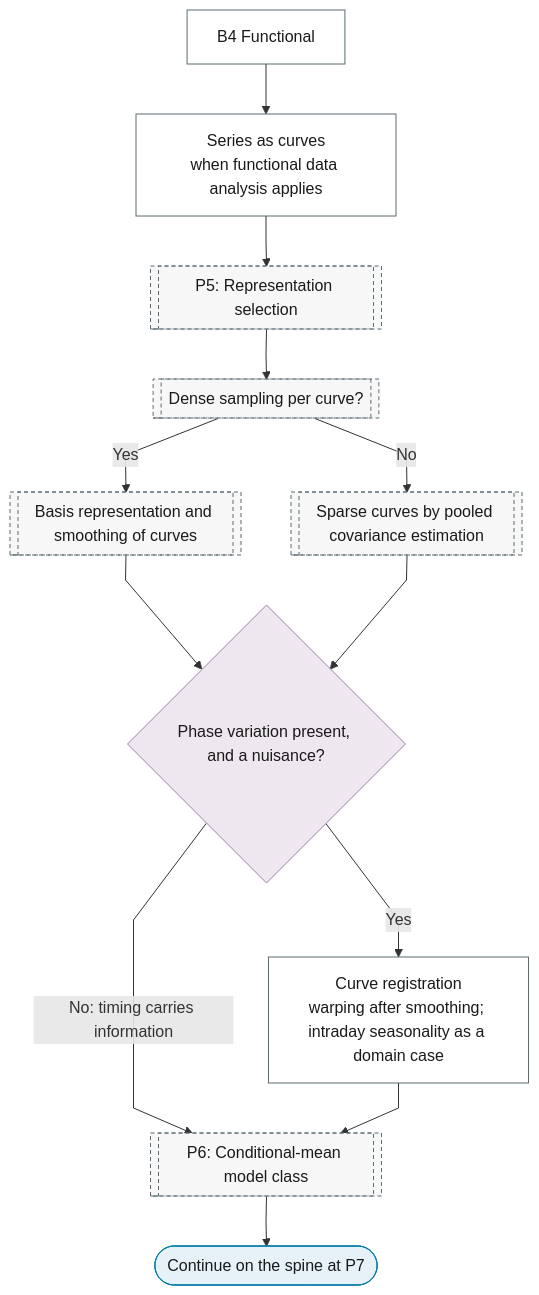
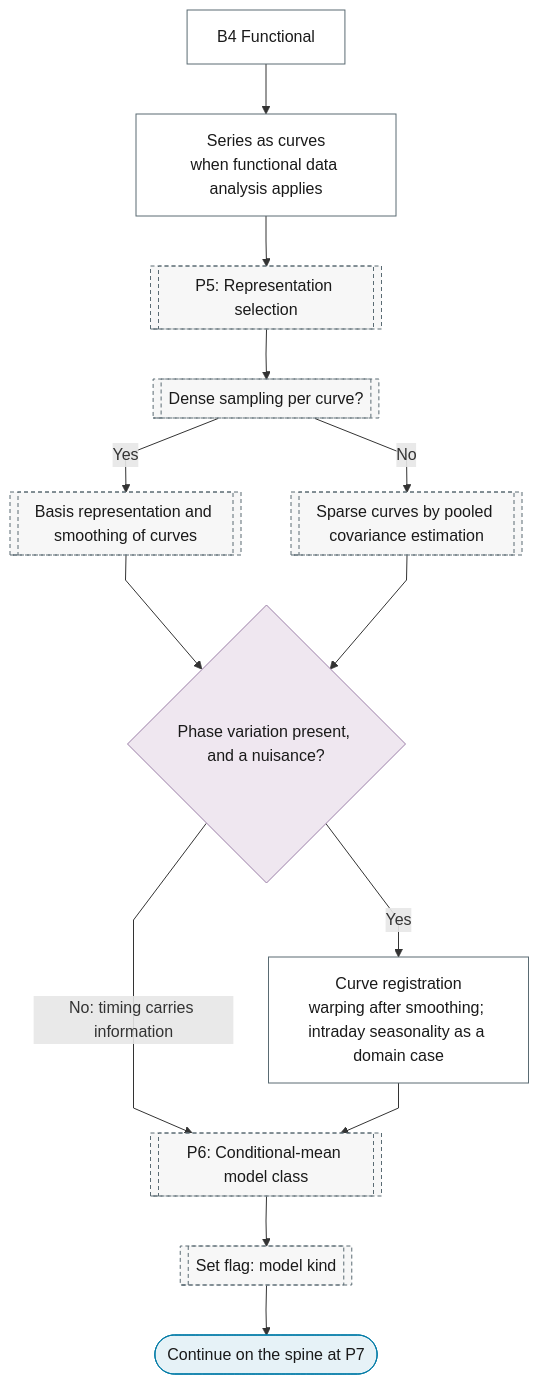
The diagram in docs/reference/14-functional-high-frequency/index.md (Shuxin-Y/time-series-analysis-manual), drawn with Mermaid before and after one commit. The commit also changed 17 other files, not shown here.

First line of the commit message:
fix(charts): round-3 review fixes to seasonality, thresholds and branch flags

````diff
--- a/docs/reference/14-functional-high-frequency/index.md
+++ b/docs/reference/14-functional-high-frequency/index.md
@@ -7,26 +7,28 @@
 ```mermaid
 %%{init: {"flowchart": {"curve": "linear"}}}%%
 graph TD
     B4["B4 Functional"] --> B4_CURVES["Series as curves<br/>when functional data analysis applies"]
     B4_CURVES --> P5[["P5: Representation selection"]]
     P5 --> P5_FN_DENSE[["Dense sampling per curve?"]]
     P5_FN_DENSE -->|"Yes"| P5_FN_BASIS[["Basis representation and smoothing of curves"]]
     P5_FN_DENSE -->|"No"| P5_FN_PACE[["Sparse curves by pooled covariance estimation"]]
     P5_FN_BASIS & P5_FN_PACE --> B4_PHASE{"Phase variation present, and a nuisance?"}
     B4_PHASE -->|"Yes"| B4_INTRADAY["Curve registration<br/>warping after smoothing; intraday seasonality as a domain case"]
     B4_PHASE -->|"No: timing carries information"| P6[["P6: Conditional-mean model class"]]
     B4_INTRADAY --> P6
-    P6 --> B4_OUT(["Continue on the spine at P7"])
+    P6 --> P6_KIND_FLAG[["Set flag: model kind"]]
+    P6_KIND_FLAG --> B4_OUT(["Continue on the spine at P7"])
+    class P6_KIND_FLAG ref
     class B4_OUT terminator
     class B4_PHASE decision
     class B4,B4_CURVES,B4_INTRADAY process
     class P5,P5_FN_DENSE,P5_FN_BASIS,P5_FN_PACE,P6 ref
     classDef terminator fill:#E6F2F7,stroke:#007BA7,color:#1A1A1A;
     classDef process fill:#FFFFFF,stroke:#5A6B73,color:#1A1A1A;
     classDef decision fill:#EFE7F0,stroke:#9B7FA7,color:#1A1A1A;
     classDef data fill:#FFF4E0,stroke:#C9A55E,color:#1A1A1A;
     classDef good fill:#DCEFD8,stroke:#4A7A3F,color:#1A1A1A;
     classDef escalate fill:#FFE9C2,stroke:#C9A55E,color:#1A1A1A;
     classDef problem fill:#F2D9DE,stroke:#800020,color:#1A1A1A;
     classDef ref fill:#F7F7F7,stroke:#5A6B73,color:#1A1A1A,stroke-dasharray:4 3;
 ```
````
